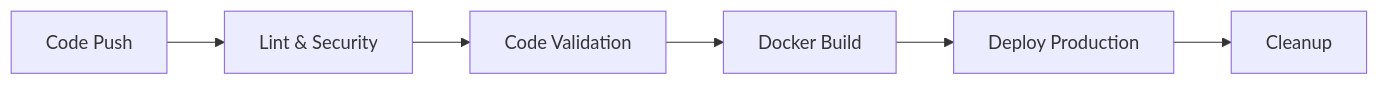
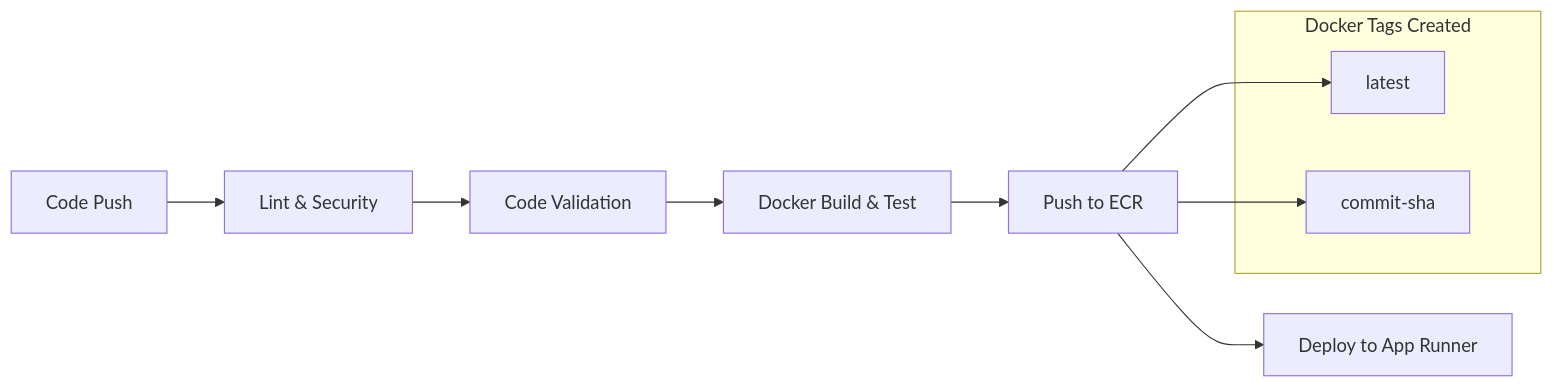
The diagram in docs/guides/cicd-pipeline-guide.md (mariobrusarosco/better-call-buffet), drawn with Mermaid before and after one commit. The commit also changed 8 other files, not shown here.

````diff
--- a/docs/guides/cicd-pipeline-guide.md
+++ b/docs/guides/cicd-pipeline-guide.md
@@ -21,8 +21,16 @@
 ```mermaid
 graph LR
     A[Code Push] --> B[Lint & Security]
     B --> C[Code Validation]
-    C --> D[Docker Build]
-    D --> E[Deploy Production]
-    E --> F[Cleanup]
+    C --> D[Docker Build & Test]
+    D --> E[Push to ECR]
+    E --> F[Deploy to App Runner]
+
+    subgraph "Docker Tags Created"
+        G[latest]
+        H[commit-sha]
+    end
+
+    E --> G
+    E --> H
 ```
````
